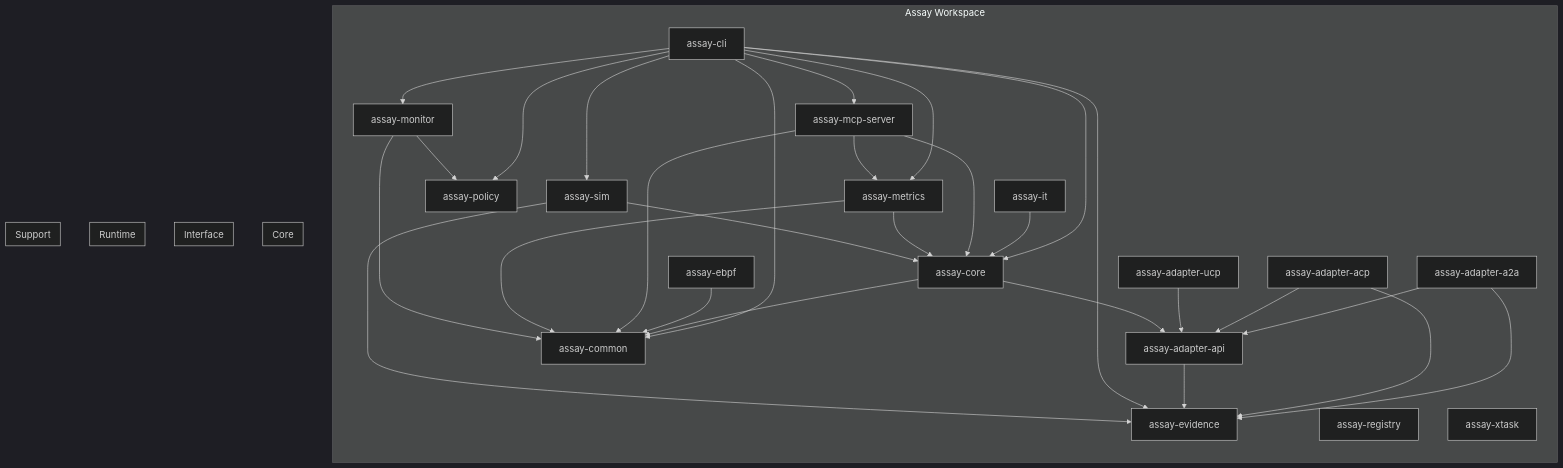
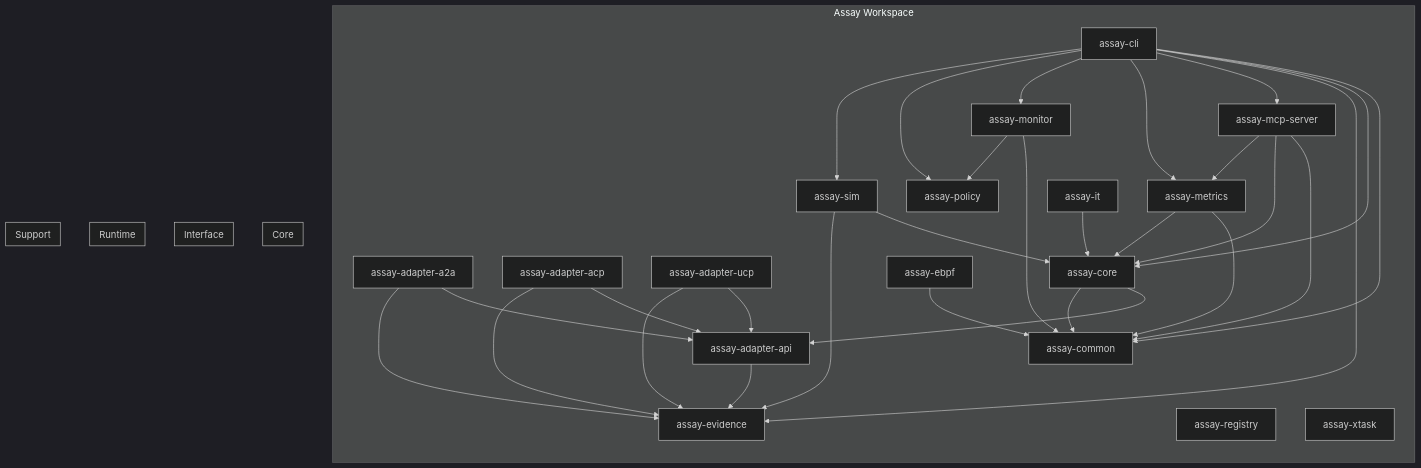
One commit to Rul1an/assay changed the diagram in docs/generated/crate-deps.mermaid. Above: the diagram before and after it, drawn with Mermaid (dark theme). The commit also changed 2 other files, not shown here.

Commit message:
docs: auto-update diagrams and crate info

```diff
--- a/docs/generated/crate-deps.mermaid
+++ b/docs/generated/crate-deps.mermaid
@@ -1,74 +1,75 @@
 flowchart TB
     subgraph workspace["Assay Workspace"]
         direction TB
         assay_adapter_a2a["assay-adapter-a2a"]
         assay_adapter_acp["assay-adapter-acp"]
         assay_adapter_api["assay-adapter-api"]
         assay_adapter_ucp["assay-adapter-ucp"]
         assay_cli["assay-cli"]
         assay_common["assay-common"]
         assay_core["assay-core"]
         assay_ebpf["assay-ebpf"]
         assay_evidence["assay-evidence"]
         assay_it["assay-it"]
         assay_mcp_server["assay-mcp-server"]
         assay_metrics["assay-metrics"]
         assay_monitor["assay-monitor"]
         assay_policy["assay-policy"]
         assay_registry["assay-registry"]
         assay_sim["assay-sim"]
         assay_xtask["assay-xtask"]
     end
 
     assay_adapter_a2a --> assay_adapter_api
     assay_adapter_a2a --> assay_evidence
     assay_adapter_acp --> assay_adapter_api
     assay_adapter_acp --> assay_evidence
     assay_adapter_api --> assay_evidence
     assay_adapter_ucp --> assay_adapter_api
+    assay_adapter_ucp --> assay_evidence
     assay_cli --> assay_common
     assay_cli --> assay_core
     assay_cli --> assay_evidence
     assay_cli --> assay_mcp_server
     assay_cli --> assay_metrics
     assay_cli --> assay_monitor
     assay_cli --> assay_policy
     assay_cli --> assay_sim
     assay_core --> assay_adapter_api
     assay_core --> assay_common
     assay_ebpf --> assay_common
     assay_it --> assay_core
     assay_mcp_server --> assay_common
     assay_mcp_server --> assay_core
     assay_mcp_server --> assay_metrics
     assay_metrics --> assay_common
     assay_metrics --> assay_core
     assay_monitor --> assay_common
     assay_monitor --> assay_policy
     assay_sim --> assay_core
     assay_sim --> assay_evidence
 
     %% Logical groupings for readability
     subgraph core["Core"]
         assay_core
         assay_metrics
         assay_policy
         assay_evidence
         assay_common
     end
 
     subgraph interface["Interface"]
         assay_cli
         assay_mcp_server
     end
 
     subgraph runtime["Runtime"]
         assay_monitor
         assay_ebpf
     end
 
     subgraph support["Support"]
         assay_sim
         assay_xtask
         assay_registry
     end
```
